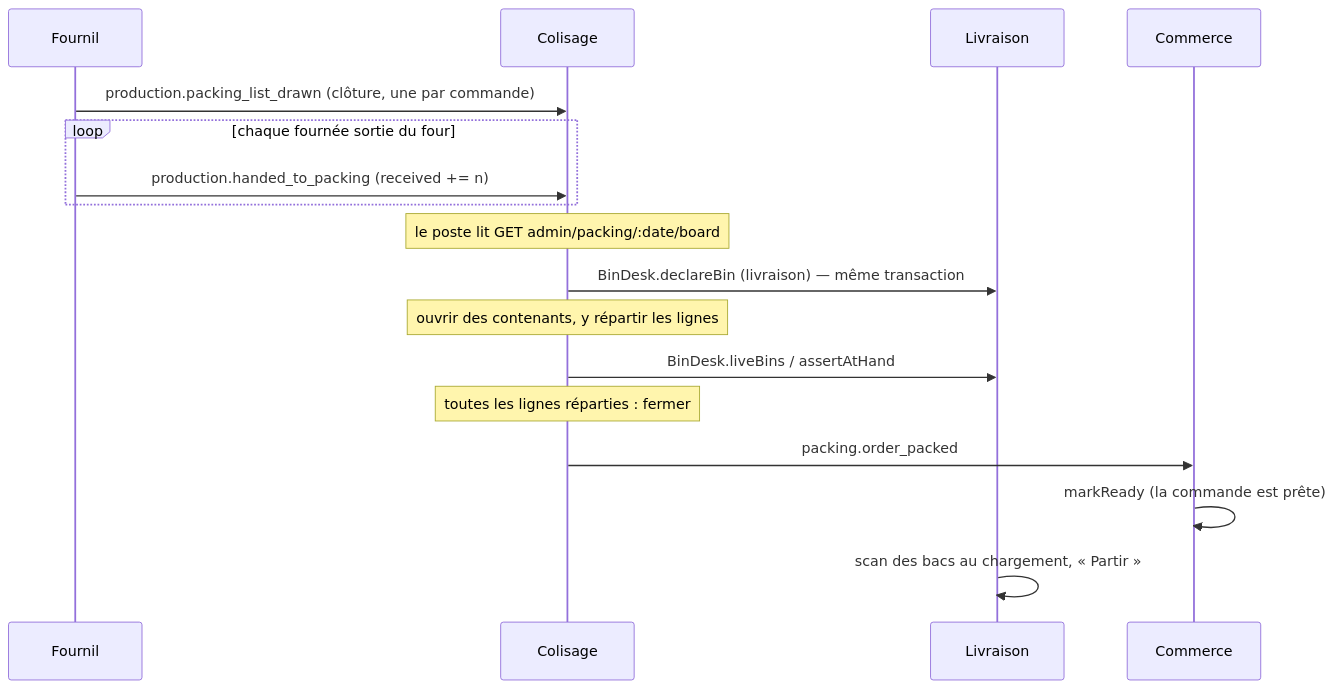
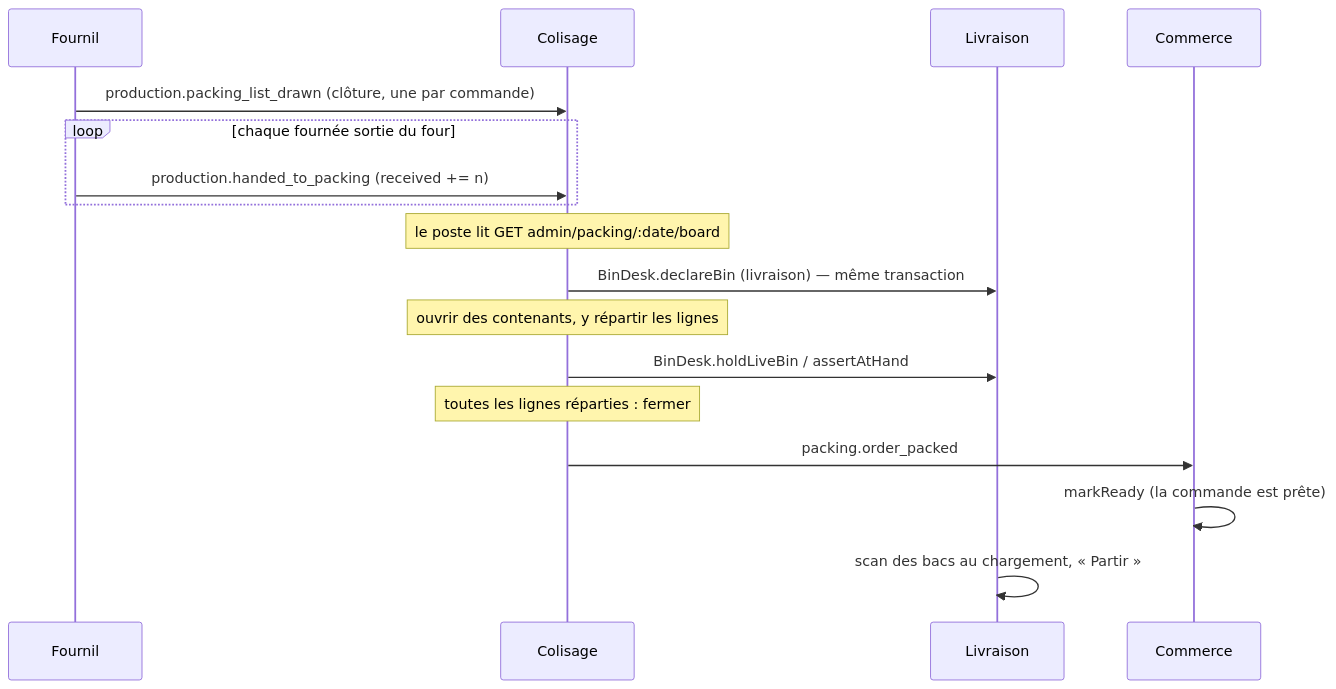
Before and after one commit to hugoheynard/lfd: the second of 3 diagrams in documentation/colisage/colisage.md, drawn with Mermaid. The commit also changed other lines of this file and 223 other files, not shown here.

````diff
--- a/documentation/colisage/colisage.md
+++ b/documentation/colisage/colisage.md
@@ -170,20 +185,20 @@
 ```mermaid
 sequenceDiagram
   participant F as Fournil
   participant P as Colisage
   participant D as Livraison
   participant C as Commerce
 
   F->>P: production.packing_list_drawn (clôture, une par commande)
   loop chaque fournée sortie du four
     F->>P: production.handed_to_packing (received += n)
   end
   Note over P: le poste lit GET admin/packing/:date/board
   P->>D: BinDesk.declareBin (livraison) — même transaction
   Note over P: ouvrir des contenants, y répartir les lignes
-  P->>D: BinDesk.liveBins / assertAtHand
+  P->>D: BinDesk.holdLiveBin / assertAtHand
   Note over P: toutes les lignes réparties : fermer
   P->>C: packing.order_packed
   C->>C: markReady (la commande est prête)
   D->>D: scan des bacs au chargement, « Partir »
 ```
````
